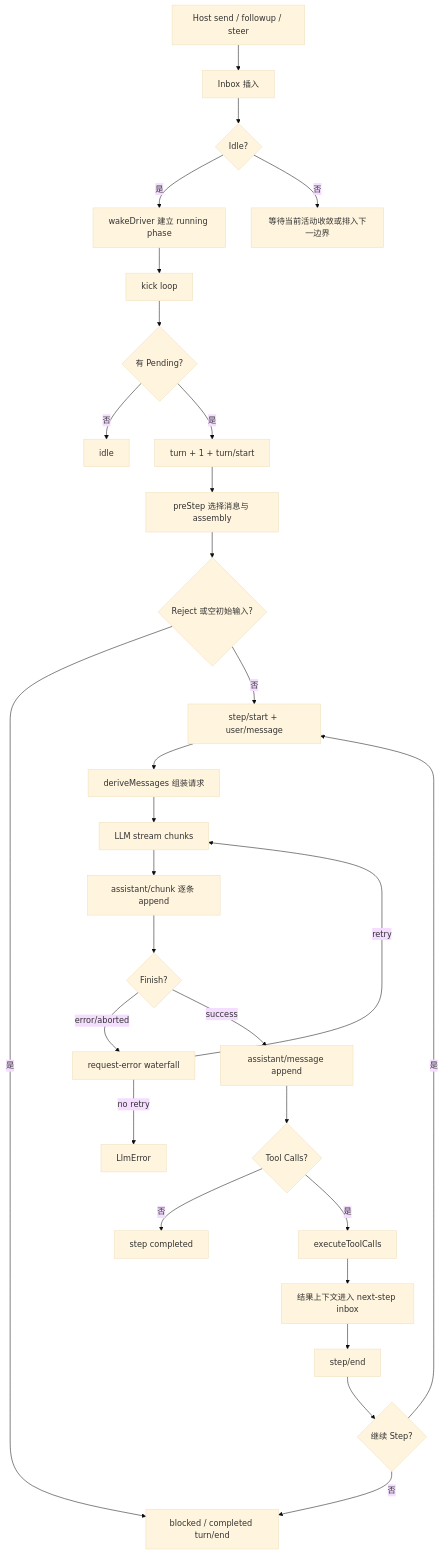
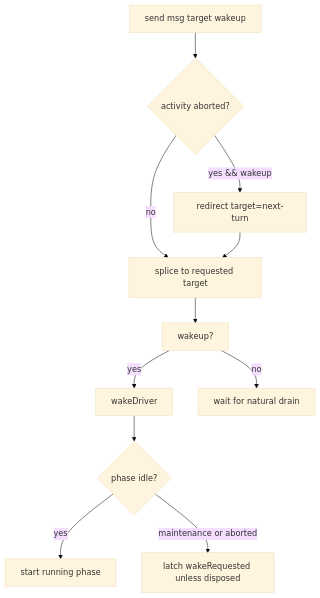
One commit to xiaoslin9153/awesome-agent-harness-tutorial changed the second of 2 diagrams in tutorial/zh-CN/03-frameworks/deepseek-harness/run-lifecycle.md. Above: the diagram before and after it, drawn with Mermaid (base theme). The commit also changed other lines of this file and 3 other files, not shown here.

````diff
--- a/tutorial/zh-CN/03-frameworks/deepseek-harness/run-lifecycle.md
+++ b/tutorial/zh-CN/03-frameworks/deepseek-harness/run-lifecycle.md
@@ -45,31 +84,13 @@
 ```mermaid
 flowchart TD
-  A[Host send / followup / steer] --> B[Inbox 插入]
-  B --> C{Idle?}
-  C -- 是 --> D[wakeDriver 建立 running phase]
-  C -- 否 --> E[等待当前活动收敛或排入下一边界]
-  D --> F[kick loop]
-  F --> G{有 Pending?}
-  G -- 否 --> H[idle]
-  G -- 是 --> I[turn + 1 + turn/start]
-  I --> J[preStep 选择消息与 assembly]
-  J --> K{Reject 或空初始输入?}
-  K -- 是 --> L[blocked / completed turn/end]
-  K -- 否 --> M[step/start + user/message]
-  M --> N[deriveMessages 组装请求]
-  N --> O[LLM stream chunks]
-  O --> P[assistant/chunk 逐条 append]
-  P --> Q{Finish?}
-  Q -- error/aborted --> R[request-error waterfall]
-  R -- retry --> O
-  R -- no retry --> S[LlmError]
-  Q -- success --> T[assistant/message append]
-  T --> U{Tool Calls?}
-  U -- 否 --> V[step completed]
-  U -- 是 --> W[executeToolCalls]
-  W --> X[结果上下文进入 next-step inbox]
-  X --> Y[step/end]
-  Y --> Z{继续 Step?}
-  Z -- 是 --> M
-  Z -- 否 --> L
+  A[send msg target wakeup] --> B{activity aborted?}
+  B -- yes && wakeup --> C[redirect target=next-turn]
+  B -- no --> D[splice to requested target]
+  C --> D
+  D --> E[wakeup?]
+  E -- yes --> F[wakeDriver]
+  E -- no --> G[wait for natural drain]
+  F --> H{phase idle?}
+  H -- yes --> I[start running phase]
+  H -- maintenance or aborted --> J[latch wakeRequested unless disposed]
 ```
````
